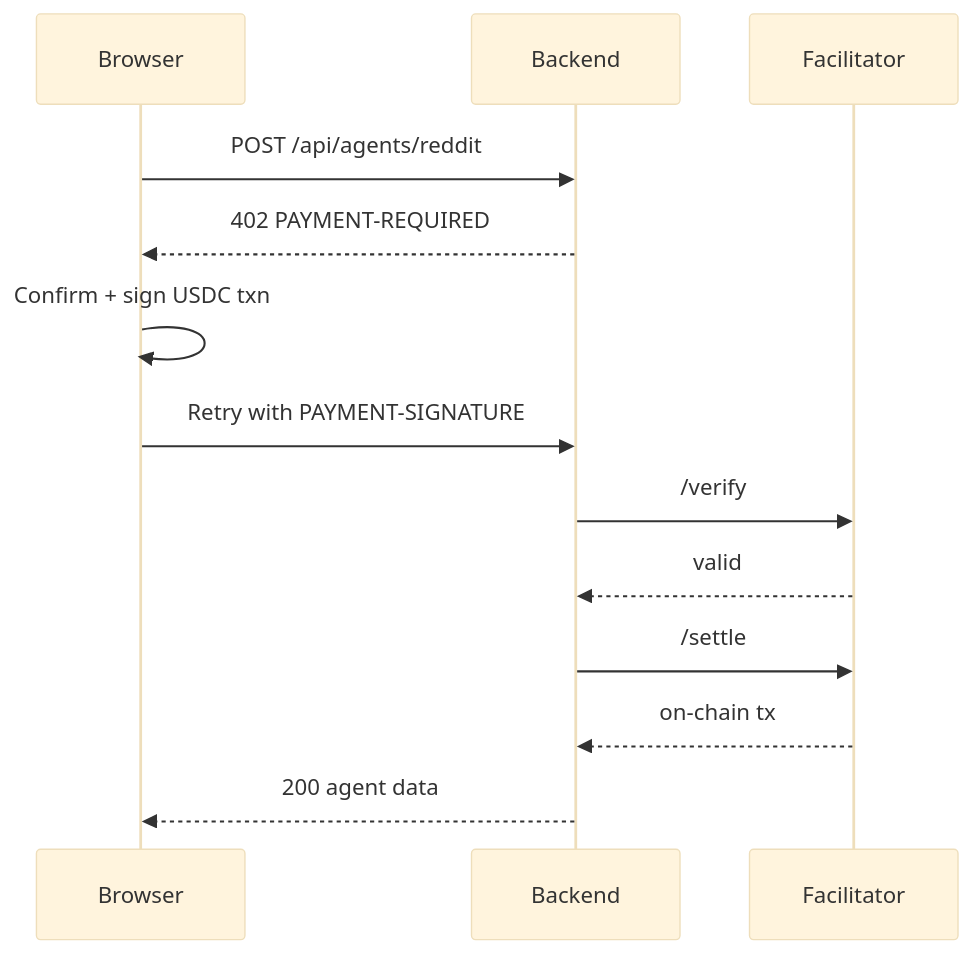
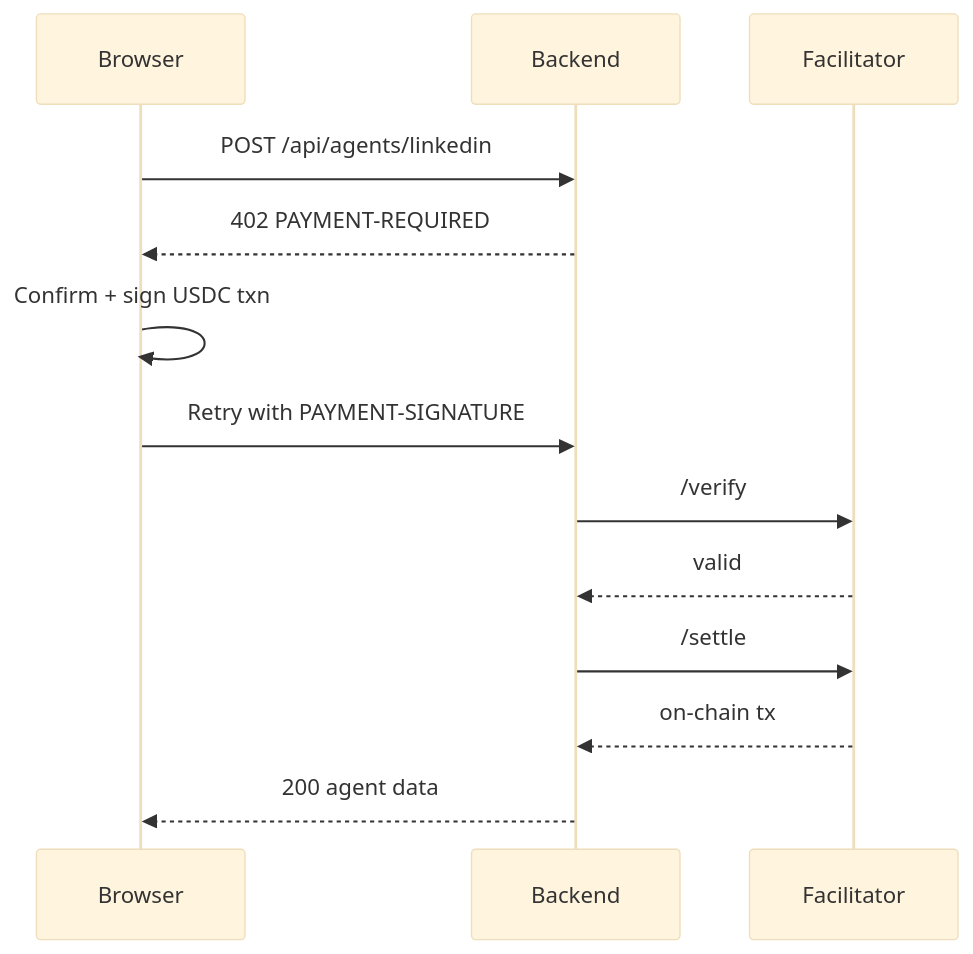
One commit to Caerlower/Oscorp changed the second of 2 diagrams in README.md. Above: the diagram before and after it, drawn with Mermaid (base theme). The commit also changed other lines of this file and 7 other files, not shown here.

````diff
--- a/README.md
+++ b/README.md
@@ -63,16 +63,16 @@
 ```mermaid
 sequenceDiagram
   participant UI as Browser
   participant API as Backend
   participant Fac as Facilitator
 
-  UI->>API: POST /api/agents/reddit
+  UI->>API: POST /api/agents/linkedin
   API-->>UI: 402 PAYMENT-REQUIRED
   UI->>UI: Confirm + sign USDC txn
   UI->>API: Retry with PAYMENT-SIGNATURE
   API->>Fac: /verify
   Fac-->>API: valid
   API->>Fac: /settle
   Fac-->>API: on-chain tx
   API-->>UI: 200 agent data
 ```
````
